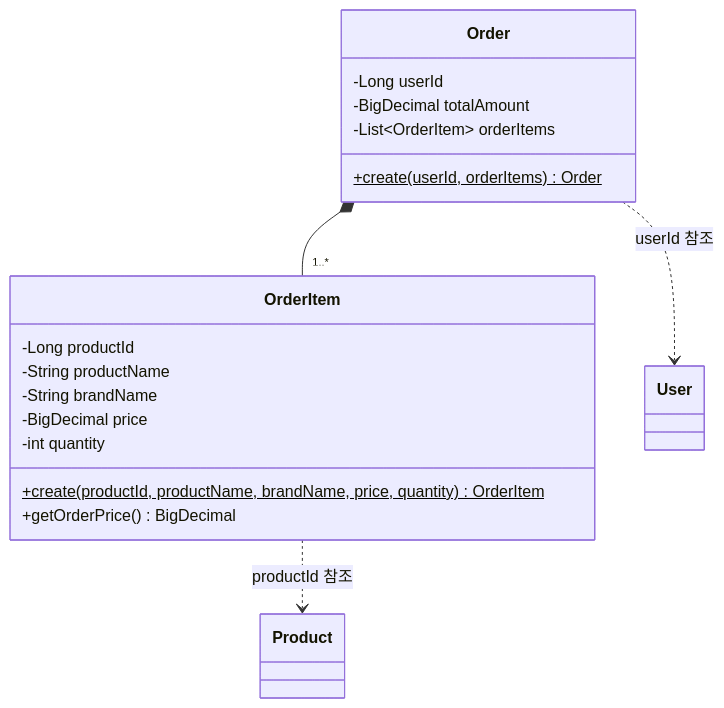
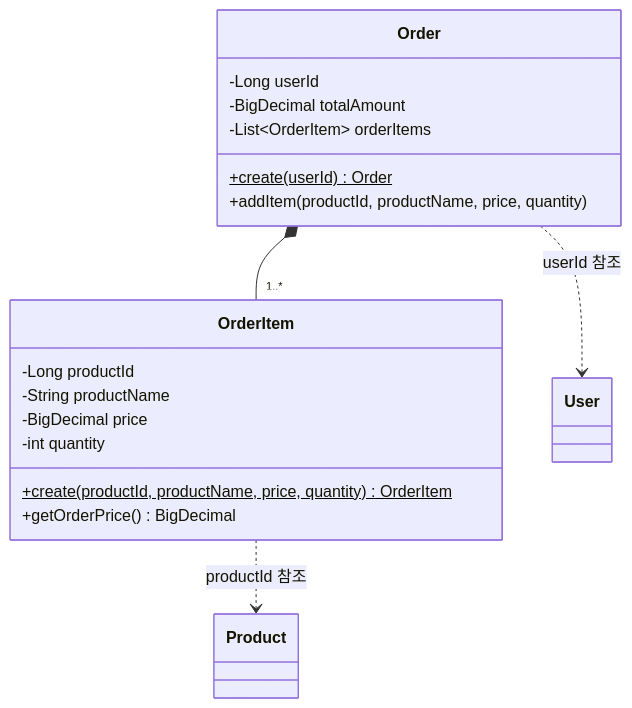
One commit to Loopers-dev-lab/loop-pack-be-l2-vol3-java changed the diagram in docs/design/order/class-diagram.md. Above: the diagram before and after it, drawn with Mermaid. The commit also changed 5 other files, not shown here.

````diff
--- a/docs/design/order/class-diagram.md
+++ b/docs/design/order/class-diagram.md
@@ -8,23 +8,23 @@
 ```mermaid
 classDiagram
     class Order {
         -Long userId
         -BigDecimal totalAmount
         -List~OrderItem~ orderItems
-        +create(userId, orderItems)$ Order
+        +create(userId)$ Order
+        +addItem(productId, productName, price, quantity)
     }
 
     class OrderItem {
         -Long productId
         -String productName
-        -String brandName
         -BigDecimal price
         -int quantity
-        +create(productId, productName, brandName, price, quantity)$ OrderItem
+        +create(productId, productName, price, quantity)$ OrderItem
         +getOrderPrice() BigDecimal
     }
 
     Order *-- "1..*" OrderItem
     OrderItem ..> Product : productId 참조
     Order ..> User : userId 참조
 ```
````
